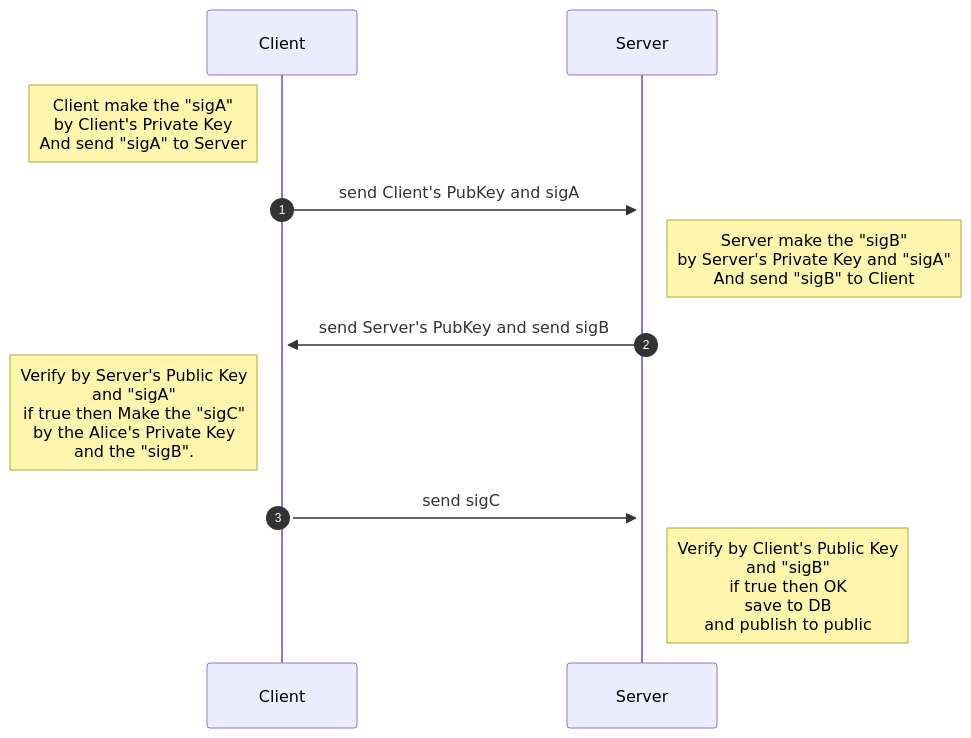
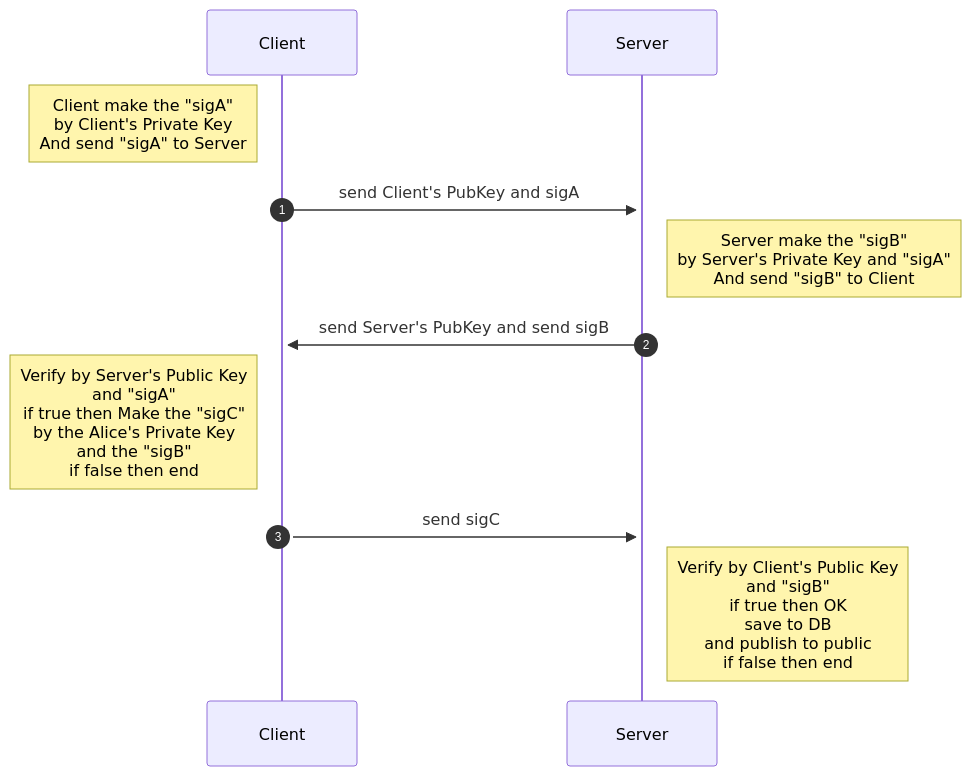
One commit to toshirot/w2w changed the third of 4 diagrams in README.md. Above: the diagram before and after it, drawn with Mermaid. The commit also changed other lines of this file, not shown here.

````diff
--- a/README.md
+++ b/README.md
@@ -144,12 +144,12 @@
 ```mermaid
 sequenceDiagram
   autonumber
         Note left of Client:  Client make the "sigA" <br/>by Client's Private Key<br/>And send "sigA" to Server
     Client->>+Server: send Client's PubKey and sigA
         Note right of Server: Server make the "sigB" <br/>by Server's Private Key and "sigA"<br/>And send "sigB" to Client
     Server->>+Client:send Server's PubKey and send sigB
-        Note left of Client: Verify by Server's Public Key <br/>and "sigA"<br/>if true then Make the "sigC" <br/>by the Alice's Private Key <br/>and the "sigB".
+        Note left of Client: Verify by Server's Public Key <br/>and "sigA"<br/>if true then Make the "sigC" <br/>by the Alice's Private Key <br/>and the "sigB"<br/>if false then end
     Client->>+Server: send sigC
-        Note right of Server:  Verify by Client's Public Key<br/>and "sigB"<br/>if true then OK<br/>save to DB<br/>and publish to public
+        Note right of Server:  Verify by Client's Public Key<br/>and "sigB"<br/>if true then OK<br/>save to DB<br/>and publish to public<br/>if false then end
  
 ```
````
